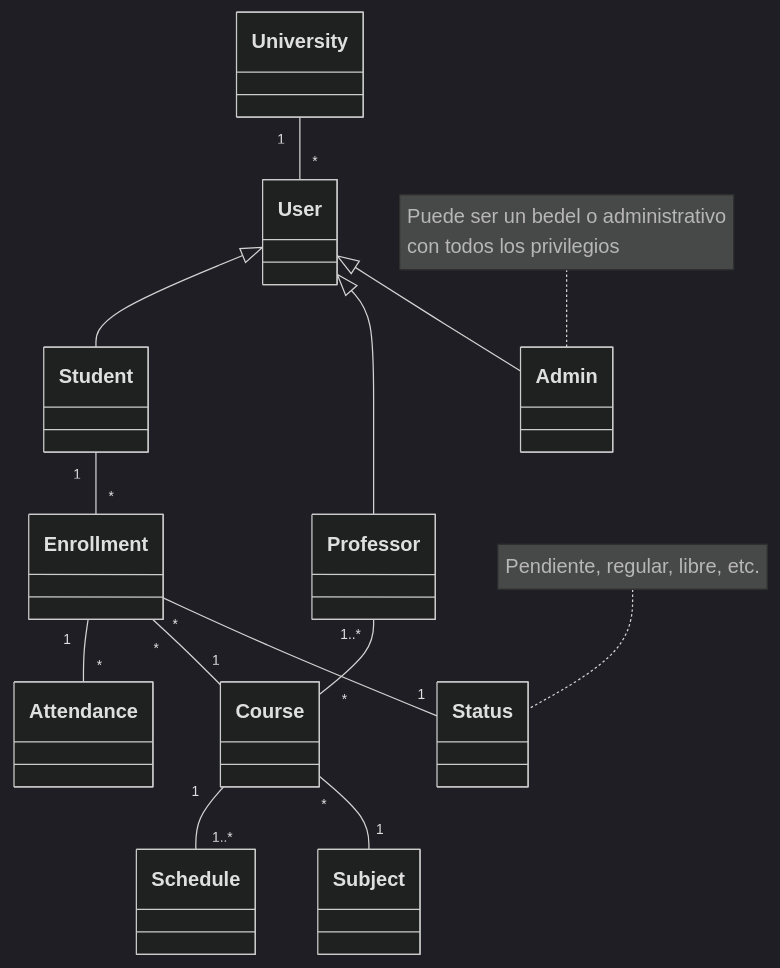
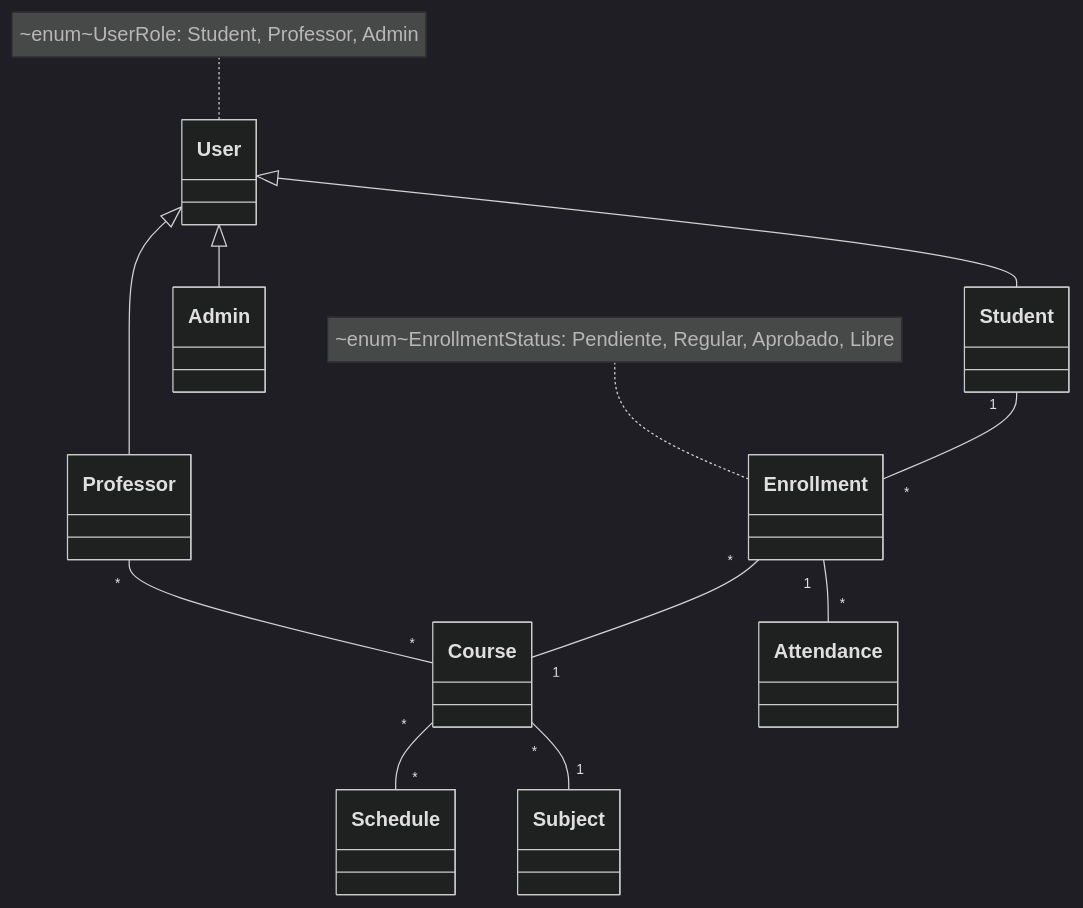
Before and after one commit to MVRU/TPI-NET: the second of 2 diagrams in README.md, drawn with Mermaid (dark theme). The commit also changed other lines of this file, not shown here.

````diff
--- a/README.md
+++ b/README.md
@@ -30,30 +31,34 @@
 ```mermaid
 classDiagram
-    University "1" -- "*" User
     User <|-- Student
     User <|-- Professor
     User <|-- Admin
-    Professor "1..*" -- "*" Course
+    Professor "*" -- "*" Course
     Enrollment "1" -- "*" Attendance
     Student "1" -- "*" Enrollment
     Enrollment "*" -- "1" Course
-    Course "1" -- "1..*" Schedule
+    Course "*" -- "*" Schedule
     Course "*" -- "1" Subject
-    Enrollment "*" -- "1" Status
 
-    class University
-    class User
-    class Student
-    class Professor
-    class Admin
-    class Course
-    class Schedule
-    class Enrollment
-    class Attendance
-    class Subject
-    class Status
+    class User{
+    }
+    class Subject{
+    }
+    class Attendance{
+    }
+    class Student{
+    }
+    class Professor{
+    }
+    class Admin{
+    }
+    class Enrollment{
+    }
+    class Course{
+    }
+    class Schedule{
+    }
 
-note for Status "Pendiente, regular, libre, etc."
-note for Admin "Puede ser un bedel o administrativo
-con todos los privilegios"
+note for User "~enum~UserRole: Student, Professor, Admin"
+note for Enrollment "~enum~EnrollmentStatus: Pendiente, Regular, Aprobado, Libre"
 ```
````
